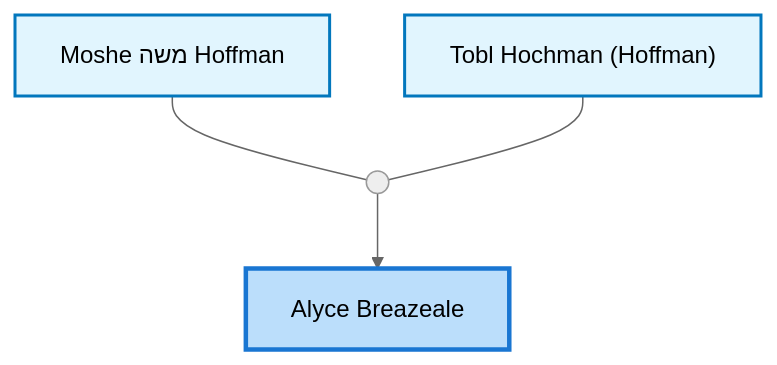
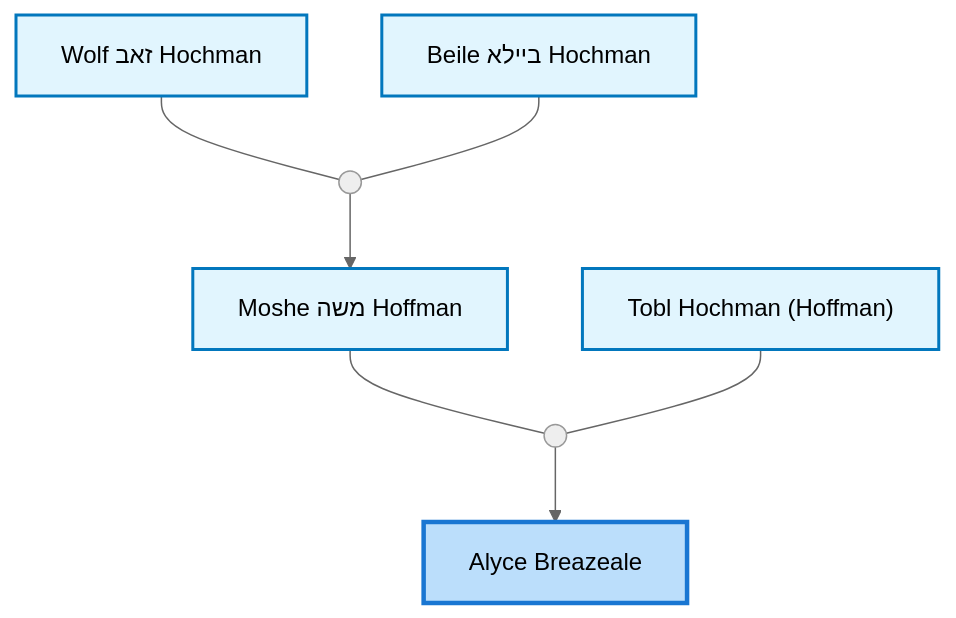
One commit to moshehoff/FamilyHistory changed the second of 3 diagrams in site/content/profiles/Alyce Breazeale.md. Above: the diagram before and after it, drawn with Mermaid (neutral theme). The commit also changed other lines of this file and 133 other files, not shown here.

Commit message:
Update Moshe Hoffman ID: I10 -> I11052340 and rename I38516664 biography

````diff
--- a/site/content/profiles/Alyce Breazeale.md
+++ b/site/content/profiles/Alyce Breazeale.md
@@ -43,19 +57,29 @@
 ```mermaid
 flowchart TD
 classDef person fill:#e1f5fe,stroke:#0277bd,stroke-width:2px;
 classDef internal-link fill:#e1f5fe,stroke:#0277bd,stroke-width:2px;
 classDef current fill:#bbdefb,stroke:#1976d2,stroke-width:3px;
-idI15["Alyce Breazeale"]
-class idI15 current
-click idI15 "../profiles/Alyce-Breazeale" "Alyce Breazeale"
-idI10["Moshe משה Hoffman"]
-class idI10 internal-link
-click idI10 "../profiles/Moshe-%D7%9E%D7%A9%D7%94-Hoffman" "Moshe משה Hoffman"
-idI11["Tobl Hochman (Hoffman)"]
-class idI11 internal-link
-click idI11 "../profiles/Tobl-Hochman-%28Hoffman%29" "Tobl Hochman (Hoffman)"
-marriage_idF3((" "))
-idI10 --- marriage_idF3
-idI11 --- marriage_idF3
-marriage_idF3 --> idI15
+idI61277011["Alyce Breazeale"]
+class idI61277011 current
+click idI61277011 "../profiles/Alyce-Breazeale" "Alyce Breazeale"
+idI11052340["Moshe משה Hoffman"]
+class idI11052340 internal-link
+click idI11052340 "../profiles/Moshe-%D7%9E%D7%A9%D7%94-Hoffman" "Moshe משה Hoffman"
+idI38735986["Tobl Hochman (Hoffman)"]
+class idI38735986 internal-link
+click idI38735986 "../profiles/Tobl-Hochman-%28Hoffman%29" "Tobl Hochman (Hoffman)"
+marriage_idF3776794((" "))
+idI11052340 --- marriage_idF3776794
+idI38735986 --- marriage_idF3776794
+marriage_idF3776794 --> idI61277011
+idI11032885["Wolf זאב Hochman"]
+class idI11032885 internal-link
+click idI11032885 "../profiles/Wolf-%D7%96%D7%90%D7%91-Hochman" "Wolf זאב Hochman"
+idI11032895["Beile ביילא Hochman"]
+class idI11032895 internal-link
+click idI11032895 "../profiles/Beile-%D7%91%D7%99%D7%99%D7%9C%D7%90-Hochman" "Beile ביילא Hochman"
+marriage_idF3770106((" "))
+idI11032885 --- marriage_idF3770106
+idI11032895 --- marriage_idF3770106
+marriage_idF3770106 --> idI11052340
 ```
````
